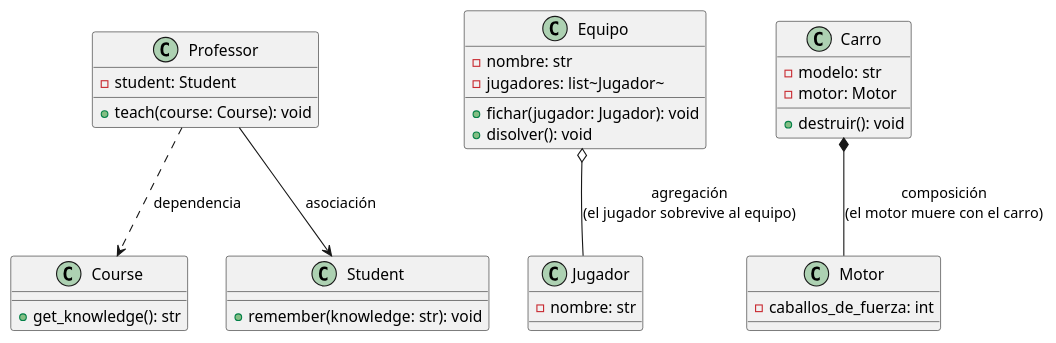
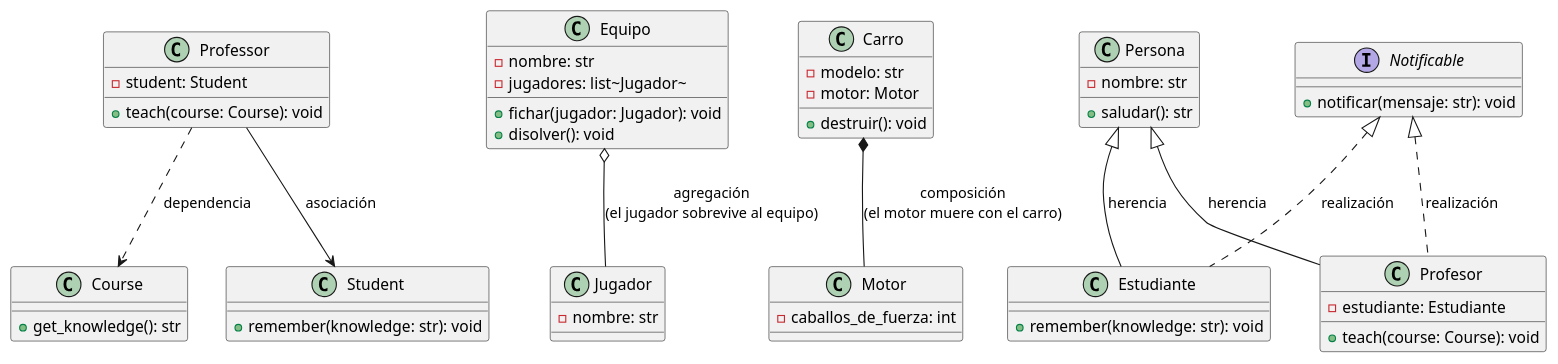
One commit to miguepoloc/especializacion_ds changed the diagram in class_uml/uml_class_diagram.puml. Above: the diagram before and after it, drawn with PlantUML. The commit also changed 3 other files, not shown here.

Commit message:
feat: add inheritance and realization relationship examples to UML documentation and code

```diff
--- a/class_uml/uml_class_diagram.puml
+++ b/class_uml/uml_class_diagram.puml
@@ -1,44 +1,68 @@
 @startuml
 
 class Course {
   +get_knowledge(): str
 }
 
 class Student {
   +remember(knowledge: str): void
 }
 
 class Professor {
   -student: Student
   +teach(course: Course): void
 }
 
 Professor --> Student : asociación
 Professor ..> Course : dependencia
 
 class Jugador {
   -nombre: str
 }
 
 class Equipo {
   -nombre: str
   -jugadores: list~Jugador~
   +fichar(jugador: Jugador): void
   +disolver(): void
 }
 
 Equipo o-- Jugador : agregación\n(el jugador sobrevive al equipo)
 
 class Motor {
   -caballos_de_fuerza: int
 }
 
 class Carro {
   -modelo: str
   -motor: Motor
   +destruir(): void
 }
 
 Carro *-- Motor : composición\n(el motor muere con el carro)
 
+class Persona {
+  -nombre: str
+  +saludar(): str
+}
+
+class Estudiante {
+  +remember(knowledge: str): void
+}
+
+class Profesor {
+  -estudiante: Estudiante
+  +teach(course: Course): void
+}
+
+Persona <|-- Estudiante : herencia
+Persona <|-- Profesor : herencia
+
+interface Notificable {
+  +notificar(mensaje: str): void
+}
+
+Notificable <|.. Estudiante : realización
+Notificable <|.. Profesor : realización
+
 @enduml
```
